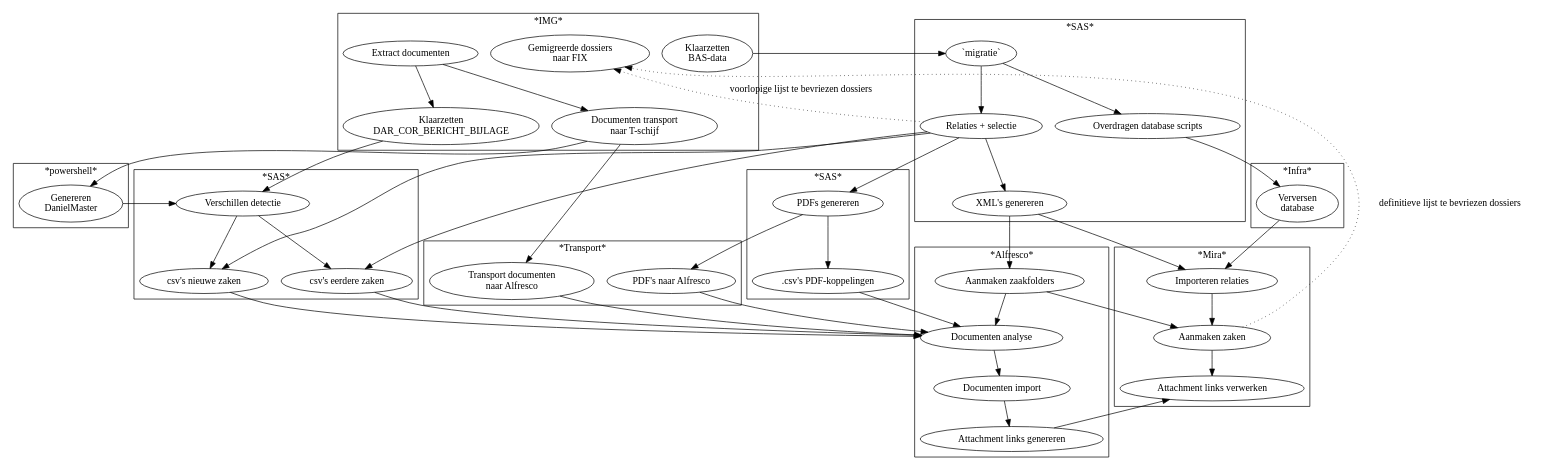
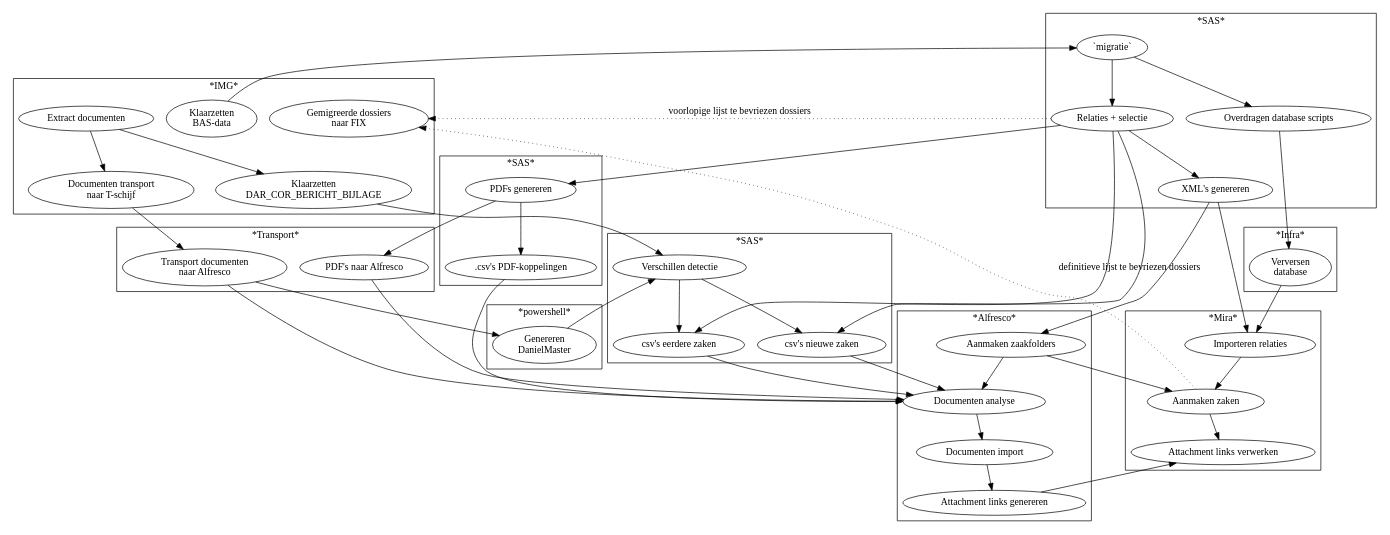
Before and after one commit to hanjoosten/csv2tables: the diagram in afhankelijkheden/overzichtMigratie.gv, drawn with Graphviz.

Commit message:
fix in graphviz plaatje

```diff
--- a/afhankelijkheden/overzichtMigratie.gv
+++ b/afhankelijkheden/overzichtMigratie.gv
@@ -1,97 +1,97 @@
 digraph {
   node [ fontname="Handlee" ];
   splines=true;
   
   subgraph cluster_IMG {
     label="*IMG*";
     "Extract documenten";
     "Klaarzetten\nDAR_COR_BERICHT_BIJLAGE";
     "Klaarzetten\nBAS-data";
     "Gemigreerde dossiers\nnaar FIX"
     "Documenten transport\nnaar T-schijf";
     "Extract documenten" -> "Klaarzetten\nDAR_COR_BERICHT_BIJLAGE";
     "Extract documenten" -> "Documenten transport\nnaar T-schijf";
   }
 
   "Klaarzetten\nBAS-data" -> "`migratie`";
 
   subgraph cluster_SAS1 {
     label="*SAS*";
     "Overdragen database scripts";
     "XML's genereren";
     "Relaties + selectie";
     "`migratie`";
 
   }
     "`migratie`" -> "Relaties + selectie";
     "Relaties + selectie" -> "XML's genereren";
     "`migratie`" -> "Overdragen database scripts";
     "Relaties + selectie" -> "Gemigreerde dossiers\nnaar FIX"[ label="voorlopige lijst te bevriezen dossiers" style = dotted ];
   
   subgraph cluster_Infra {
     label="*Infra*";
     "Verversen\ndatabase";
    }
 
    "Overdragen database scripts" -> "Verversen\ndatabase";
    "Klaarzetten\nDAR_COR_BERICHT_BIJLAGE" -> "Verschillen detectie";
   subgraph cluster_SAS2 {
     label="*SAS*";
     "Verschillen detectie";
     "csv's nieuwe zaken";
     "csv's eerdere zaken";
   }
     "Verschillen detectie" -> "csv's nieuwe zaken";
     "Verschillen detectie" -> "csv's eerdere zaken";
     "Relaties + selectie" -> "csv's nieuwe zaken";
     "Relaties + selectie" -> "csv's eerdere zaken";
   subgraph cluster_PDFs {
      label= "*SAS*"
       "PDFs genereren"
       ".csv's PDF-koppelingen"
   }
       "PDFs genereren" -> ".csv's PDF-koppelingen"
       "Relaties + selectie" -> "PDFs genereren"
   subgraph cluster_powershell {
       label = "*powershell*"
       "Genereren\nDanielMaster"
   }
   subgraph cluster_docTransport {
       label = "*Transport*"
       "Transport documenten\nnaar Alfresco"
       "PDF's naar Alfresco"
     "Genereren\nDanielMaster" -> "Verschillen detectie";
     "PDFs genereren" -> "PDF's naar Alfresco"
     "Documenten transport\nnaar T-schijf" -> "Transport documenten\nnaar Alfresco"; 
-    "Documenten transport\nnaar T-schijf" -> "Genereren\nDanielMaster";
+    "Transport documenten\nnaar Alfresco" -> "Genereren\nDanielMaster";
   }
   subgraph cluster_Alfresco {
       label = "*Alfresco*"
       "Documenten analyse"
       "Documenten import"
       "Aanmaken zaakfolders"
       "Attachment links genereren"
       "Transport documenten\nnaar Alfresco" -> "Documenten analyse";
       "PDF's naar Alfresco" ->  "Documenten analyse";
       "XML's genereren" -> "Aanmaken zaakfolders"
       "Aanmaken zaakfolders" -> "Documenten analyse"
       "Documenten analyse" -> "Documenten import"
       "csv's nieuwe zaken" -> "Documenten analyse" ;
       "csv's eerdere zaken" -> "Documenten analyse" ;
       ".csv's PDF-koppelingen" -> "Documenten analyse" ;
       "Documenten import" -> "Attachment links genereren";
   }
   subgraph cluster_Mira {
       label = "*Mira*"
       "Importeren relaties";
       "Aanmaken zaken";
       "Attachment links verwerken";
       "Verversen\ndatabase" -> "Importeren relaties";
       "XML's genereren" -> "Importeren relaties";
       "Aanmaken zaakfolders" -> "Aanmaken zaken";
       "Importeren relaties" -> "Aanmaken zaken"; 
       "Attachment links genereren" -> "Attachment links verwerken";
       "Aanmaken zaken" -> "Attachment links verwerken"
       "Aanmaken zaken" -> "Gemigreerde dossiers\nnaar FIX" [ label="definitieve lijst te bevriezen dossiers" style = dotted]
   }
 }
```
